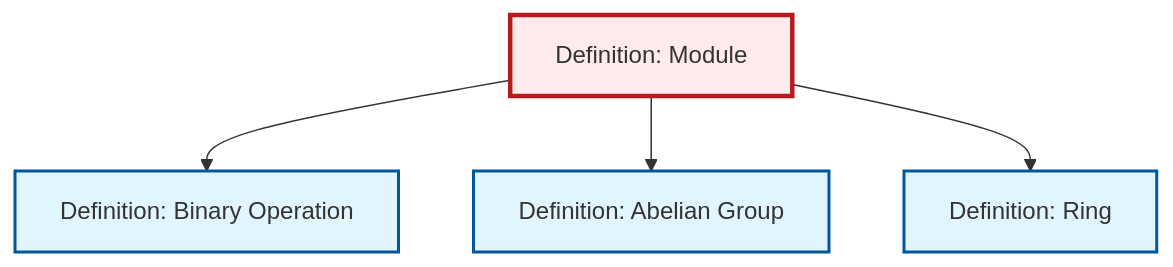
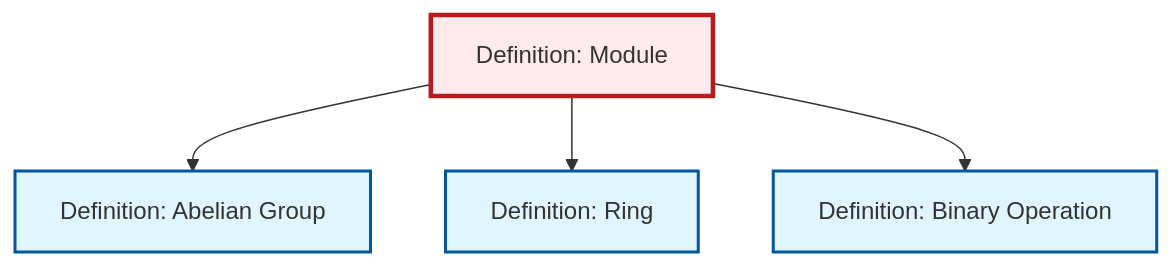
Before and after one commit to RK0429/ModernMath: the diagram in content/en/algebra/def-module.qmd, drawn with Mermaid. The commit also changed other lines of this file and 581 other files, not shown here.

````diff
--- a/content/en/algebra/def-module.qmd
+++ b/content/en/algebra/def-module.qmd
@@ -55,20 +55,20 @@
 ```{mermaid}
 %%| fig-cap: "Local dependency graph"
 graph TD
     classDef definition fill:#e1f5fe,stroke:#01579b,stroke-width:2px
     classDef theorem fill:#f3e5f5,stroke:#4a148c,stroke-width:2px
     classDef axiom fill:#fff3e0,stroke:#e65100,stroke-width:2px
     classDef example fill:#e8f5e9,stroke:#1b5e20,stroke-width:2px
     classDef current fill:#ffebee,stroke:#b71c1c,stroke-width:3px
+    def-module["Definition: Module"]:::definition
     def-abelian-group["Definition: Abelian Group"]:::definition
-    def-module["Definition: Module"]:::definition
     def-ring["Definition: Ring"]:::definition
     def-binary-operation["Definition: Binary Operation"]:::definition
-    def-module --> def-binary-operation
     def-module --> def-abelian-group
     def-module --> def-ring
+    def-module --> def-binary-operation
     class def-module current
     click def-abelian-group "def-abelian-group.html" "Go to Abelian Group definition"
     click def-ring "def-ring.html" "Go to Ring definition"
     click def-binary-operation "def-binary-operation.html" "Go to Binary Operation definition"
 ```
````
